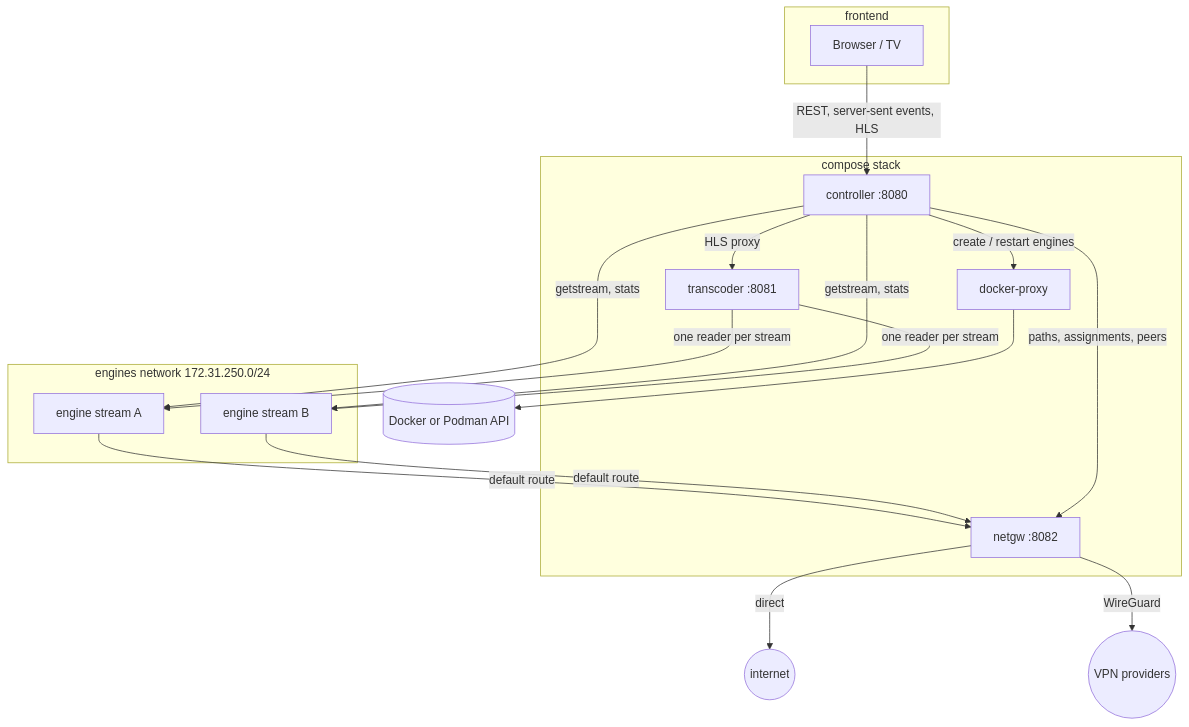
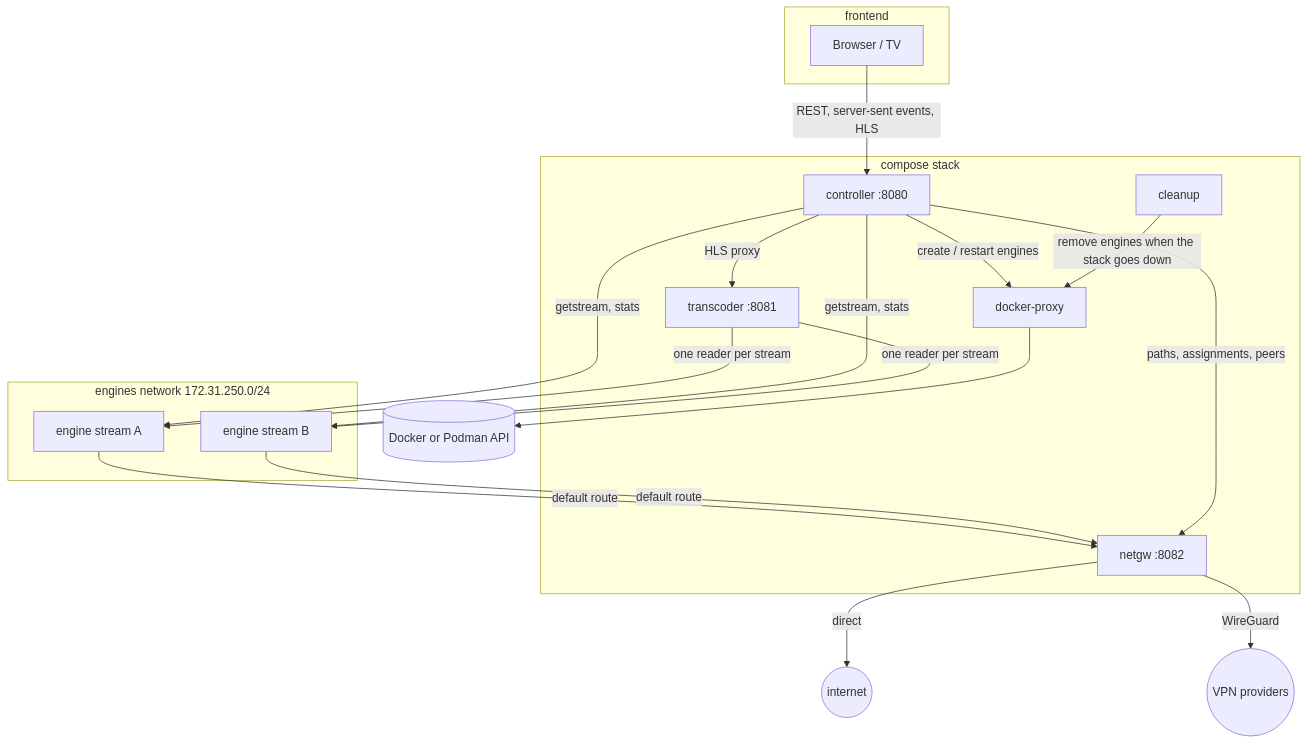
Before and after one commit to sergimn/AceSwarm: the diagram in docs/architecture.md, drawn with Mermaid. The commit also changed other lines of this file and 15 other files, not shown here.

First line of the commit message:
Remove the engines when the whole stack goes down (#26)

````diff
--- a/docs/architecture.md
+++ b/docs/architecture.md
@@ -5,25 +5,27 @@
 ```mermaid
 flowchart TB
   subgraph frontend
     UI[Browser / TV]
   end
   subgraph core[compose stack]
     C[controller :8080]
     T[transcoder :8081]
     G[netgw :8082]
     P[docker-proxy]
+    K[cleanup]
   end
   subgraph engines[engines network 172.31.250.0/24]
     E1[engine stream A]
     E2[engine stream B]
   end
   UI -- REST, server-sent events, HLS --> C
   C -- HLS proxy --> T
   C -- create / restart engines --> P --> API[(Docker or Podman API)]
+  K -- remove engines when the stack goes down --> P
   C -- getstream, stats --> E1 & E2
   T -- one reader per stream --> E1 & E2
   E1 & E2 -- default route --> G
   G -- direct --> NET((internet))
   G -- WireGuard --> VPN((VPN providers))
   C -- paths, assignments, peers --> G
 ```
````
